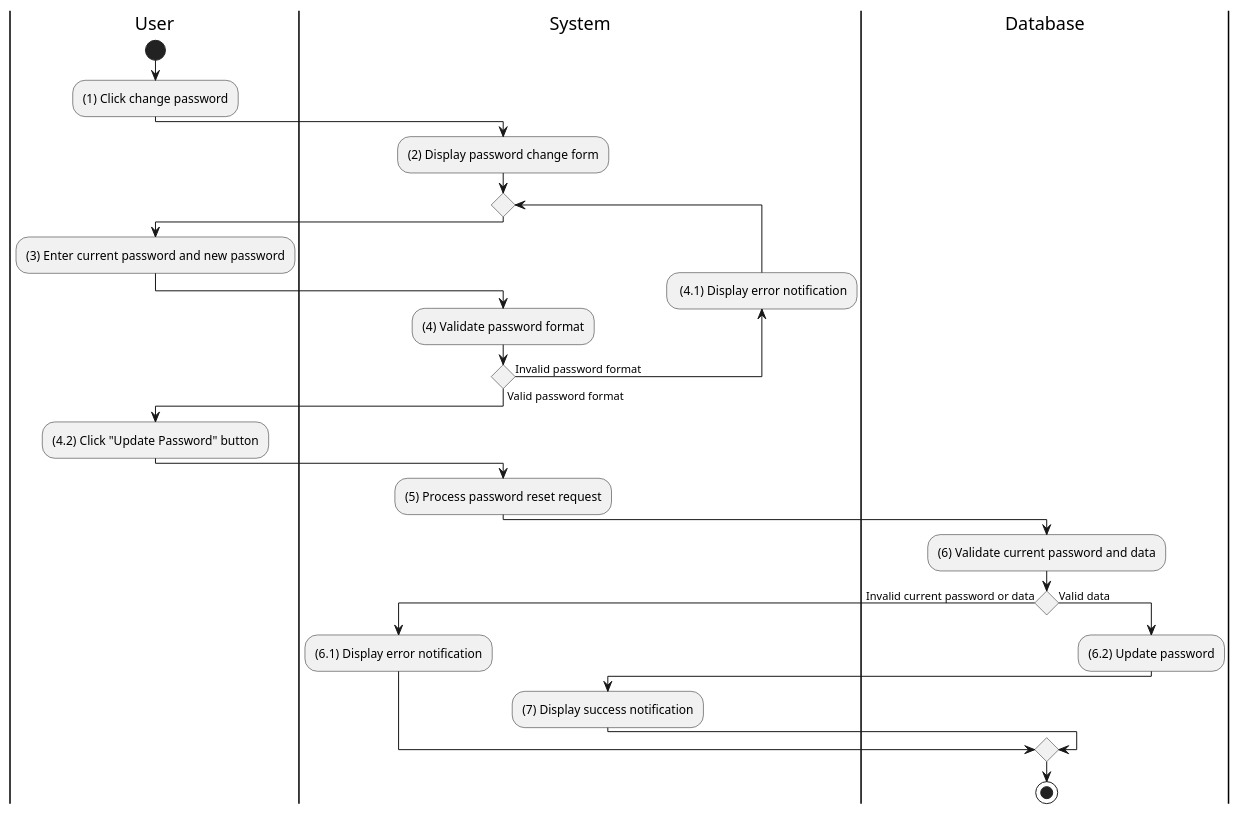
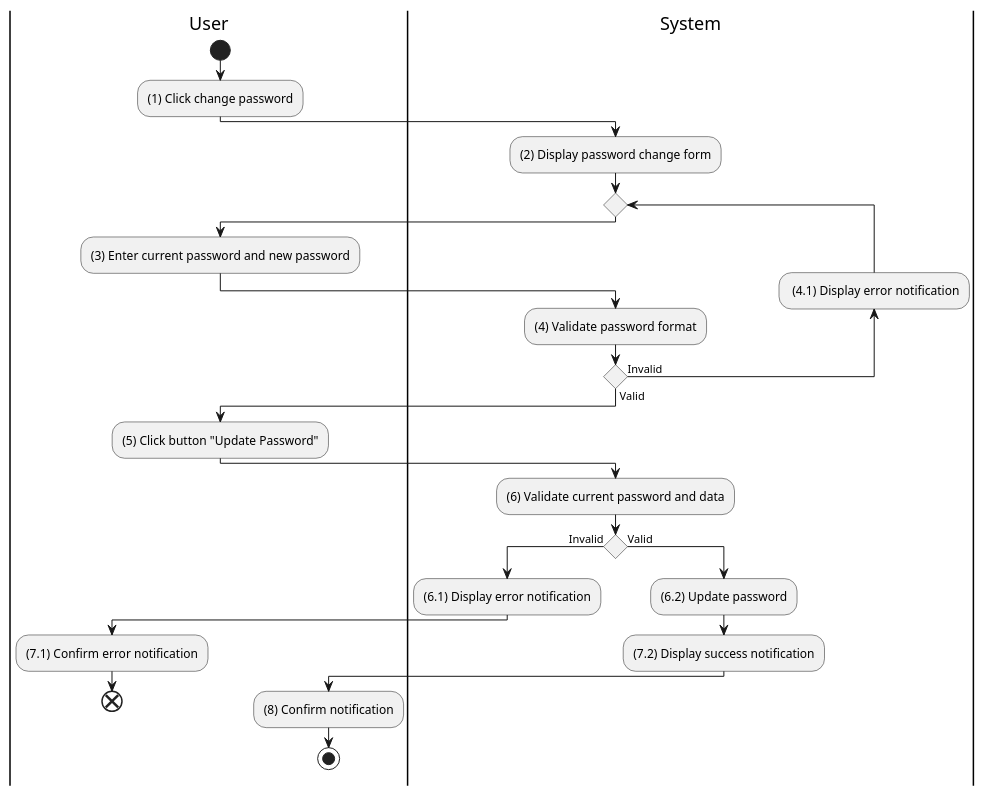
One commit to electricilies/electricilies.github.io changed the diagram in docs/software-docs/activity/manage-account/reset-password.md. Above: the diagram before and after it, drawn with PlantUML. The commit also changed 47 other files, not shown here.

````diff
--- a/docs/software-docs/activity/manage-account/reset-password.md
+++ b/docs/software-docs/activity/manage-account/reset-password.md
@@ -3,38 +3,36 @@
 ```plantuml
 @startuml
 |U|User
 |S|System
-|D|Database
 
 |U|
 start
 :(1) Click change password;
 |S|
 :(2) Display password change form;
 repeat
   |U|
   :(3) Enter current password and new password;
   |S|
   :(4) Validate password format;
 backward: (4.1) Display error notification;
-repeat while () is (Invalid password format) not (Valid password format)
+repeat while () is (Invalid) not (Valid)
 |U|
-:(4.2) Click "Update Password" button;
+:(5) Click button "Update Password";
 |S|
-:(5) Process password reset request;
-|D|
 :(6) Validate current password and data;
-if () then (Invalid current password or data)
+if () then (Invalid)
+  :(6.1) Display error notification;
+  |U|
+  :(7.1) Confirm error notification;
+  end
+else (Valid)
   |S|
-  :(6.1) Display error notification;
-else (Valid data)
-  |D|
   :(6.2) Update password;
-  |S|
-  :(7) Display success notification;
+  :(7.2) Display success notification;
+  |U|
+  :(8) Confirm notification;
+  stop
 endif
-|D|
-stop
-
 @enduml
 ```
````
